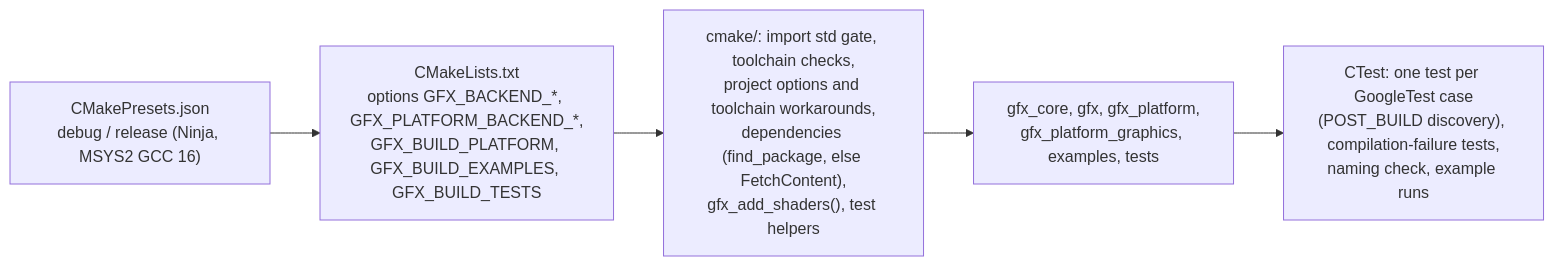
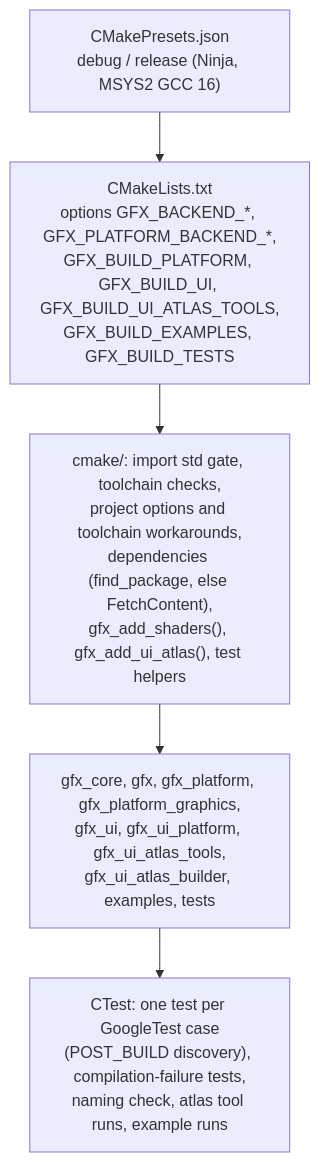
Diagram 22 of 22 in docs/architecture.md (bueno-mhc/gfx), drawn with Mermaid before and after one commit. The commit also changed other lines of this file and 14 other files, not shown here.

````diff
--- a/docs/architecture.md
+++ b/docs/architecture.md
@@ -537,7 +837,7 @@
 ```mermaid
-flowchart LR
-    presets["CMakePresets.json<br/>debug / release (Ninja, MSYS2 GCC 16)"] --> configure["CMakeLists.txt<br/>options GFX_BACKEND_*, GFX_PLATFORM_BACKEND_*,<br/>GFX_BUILD_PLATFORM, GFX_BUILD_EXAMPLES, GFX_BUILD_TESTS"]
-    configure --> modules["cmake/: import std gate, toolchain checks,<br/>project options and toolchain workarounds,<br/>dependencies (find_package, else FetchContent),<br/>gfx_add_shaders(), test helpers"]
-    modules --> targets["gfx_core, gfx, gfx_platform,<br/>gfx_platform_graphics, examples, tests"]
-    targets --> ctest["CTest: one test per GoogleTest case<br/>(POST_BUILD discovery), compilation-failure tests,<br/>naming check, example runs"]
+flowchart TB
+    presets["CMakePresets.json<br/>debug / release (Ninja, MSYS2 GCC 16)"] --> configure["CMakeLists.txt<br/>options GFX_BACKEND_*, GFX_PLATFORM_BACKEND_*,<br/>GFX_BUILD_PLATFORM, GFX_BUILD_UI, GFX_BUILD_UI_ATLAS_TOOLS,<br/>GFX_BUILD_EXAMPLES, GFX_BUILD_TESTS"]
+    configure --> modules["cmake/: import std gate, toolchain checks,<br/>project options and toolchain workarounds,<br/>dependencies (find_package, else FetchContent),<br/>gfx_add_shaders(), gfx_add_ui_atlas(), test helpers"]
+    modules --> targets["gfx_core, gfx, gfx_platform, gfx_platform_graphics,<br/>gfx_ui, gfx_ui_platform, gfx_ui_atlas_tools,<br/>gfx_ui_atlas_builder, examples, tests"]
+    targets --> ctest["CTest: one test per GoogleTest case<br/>(POST_BUILD discovery), compilation-failure tests,<br/>naming check, atlas tool runs, example runs"]
 ```
````
